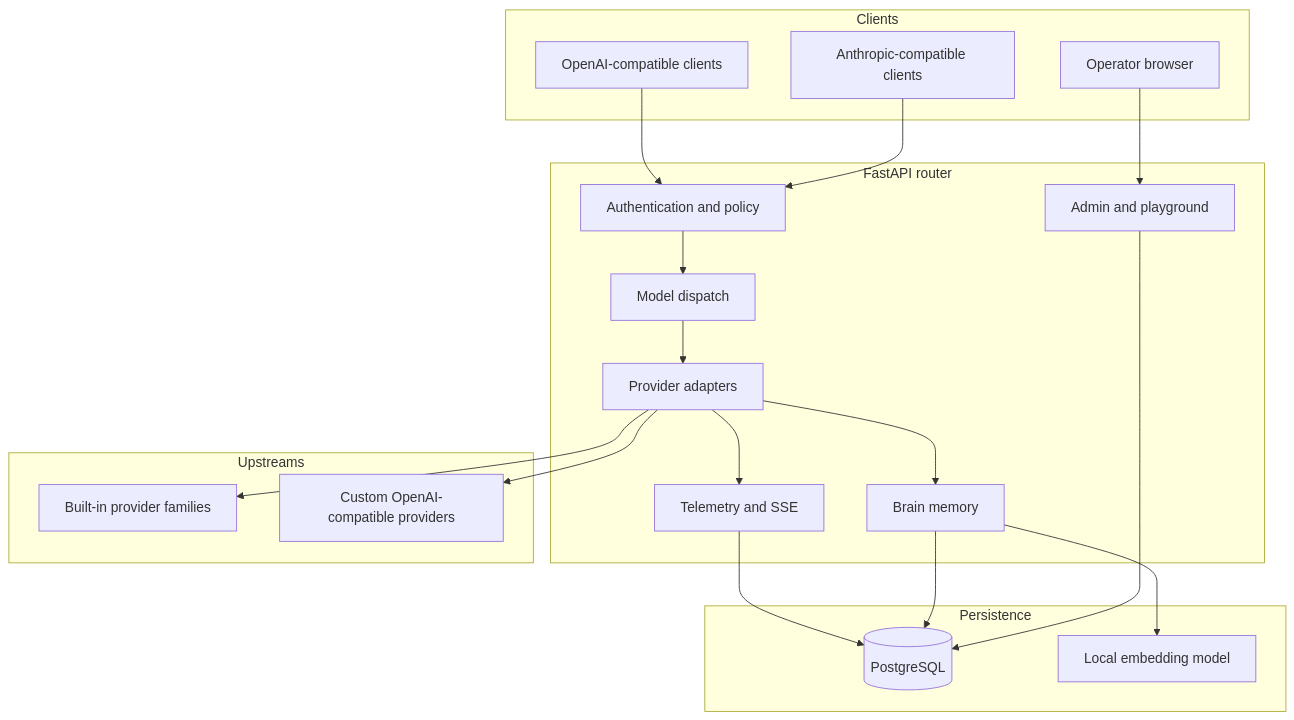
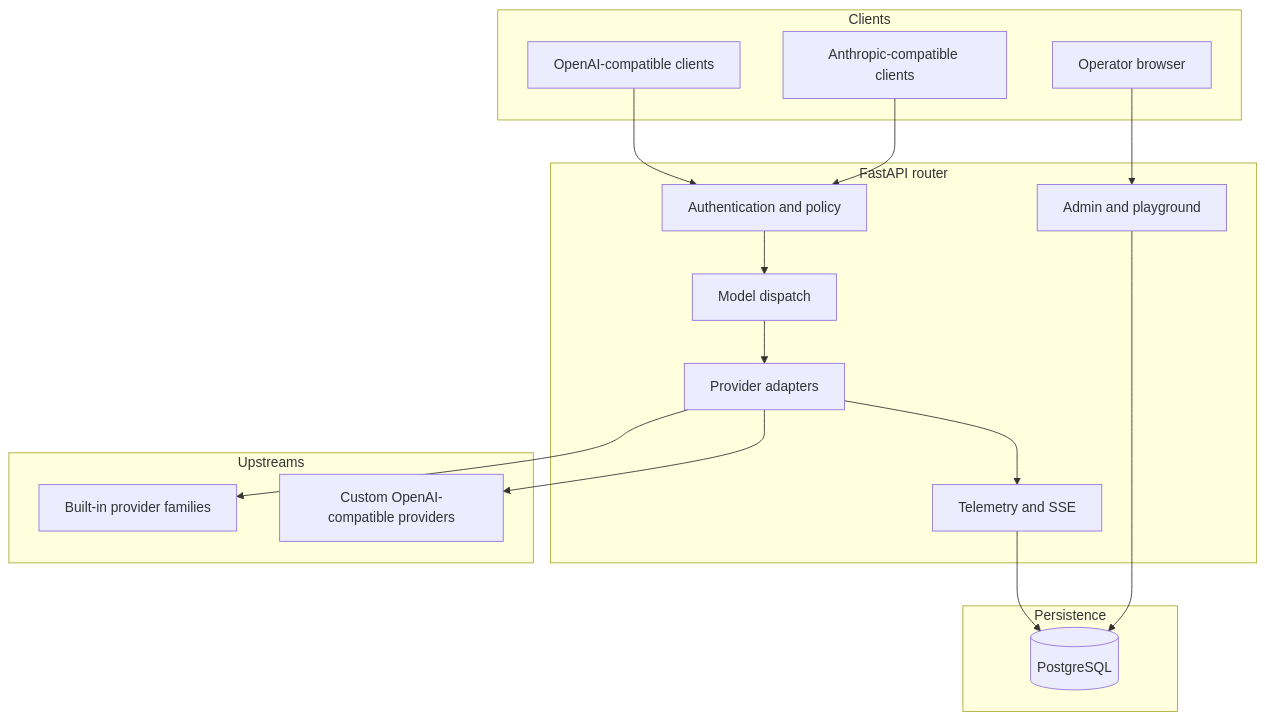
Before and after one commit to iyantama9/custorouter: the diagram in docs/ARCHITECTURE.md, drawn with Mermaid. The commit also changed other lines of this file and 27 other files, not shown here.

````diff
--- a/docs/ARCHITECTURE.md
+++ b/docs/ARCHITECTURE.md
@@ -5,38 +5,34 @@
 ```mermaid
 flowchart TB
     subgraph Clients
         OAI[OpenAI-compatible clients]
         ANT[Anthropic-compatible clients]
         OPS[Operator browser]
     end
 
     subgraph Router[FastAPI router]
         AUTH[Authentication and policy]
         DISPATCH[Model dispatch]
         ADAPTERS[Provider adapters]
         LOGS[Telemetry and SSE]
-        BRAIN[Brain memory]
         ADMIN[Admin and playground]
     end
 
     subgraph Persistence
         PG[(PostgreSQL)]
-        EMB[Local embedding model]
     end
 
     subgraph Upstreams
         BUILTIN[Built-in provider families]
         CUSTOM[Custom OpenAI-compatible providers]
     end
 
     OAI --> AUTH
     ANT --> AUTH
     OPS --> ADMIN
     AUTH --> DISPATCH --> ADAPTERS
     ADAPTERS --> BUILTIN
     ADAPTERS --> CUSTOM
     ADAPTERS --> LOGS --> PG
-    ADAPTERS --> BRAIN --> PG
-    BRAIN --> EMB
     ADMIN --> PG
 ```
````
